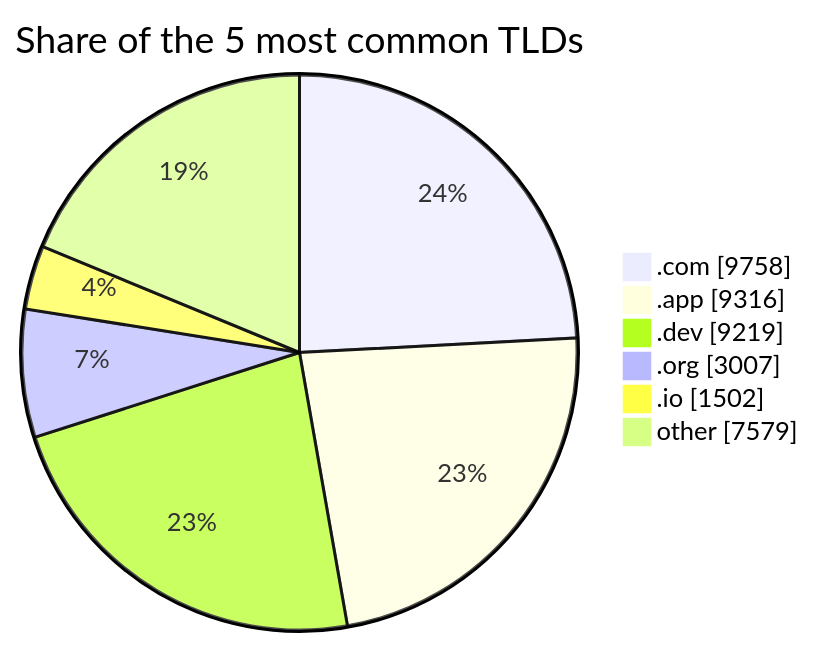
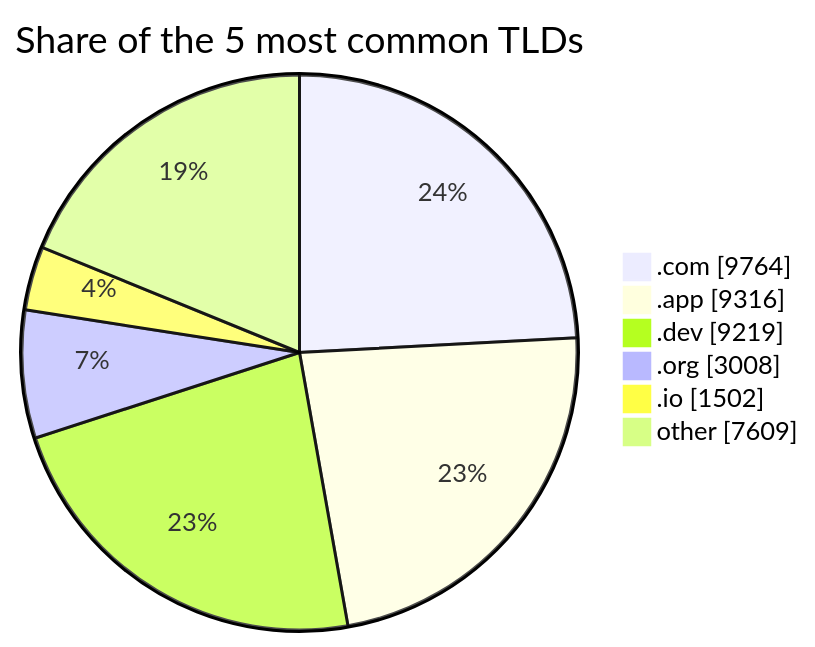
The second of 2 diagrams in README.md (DNSBunker/CTI), drawn with Mermaid before and after one commit. The commit also changed other lines of this file and 3 other files, not shown here.

````diff
--- a/README.md
+++ b/README.md
@@ -72,9 +72,9 @@
 ```mermaid
 pie showData title Share of the 5 most common TLDs
-    ".com" : 9758
+    ".com" : 9764
     ".app" : 9316
     ".dev" : 9219
-    ".org" : 3007
+    ".org" : 3008
     ".io" : 1502
-    "other" : 7579
+    "other" : 7609
 ```
````
